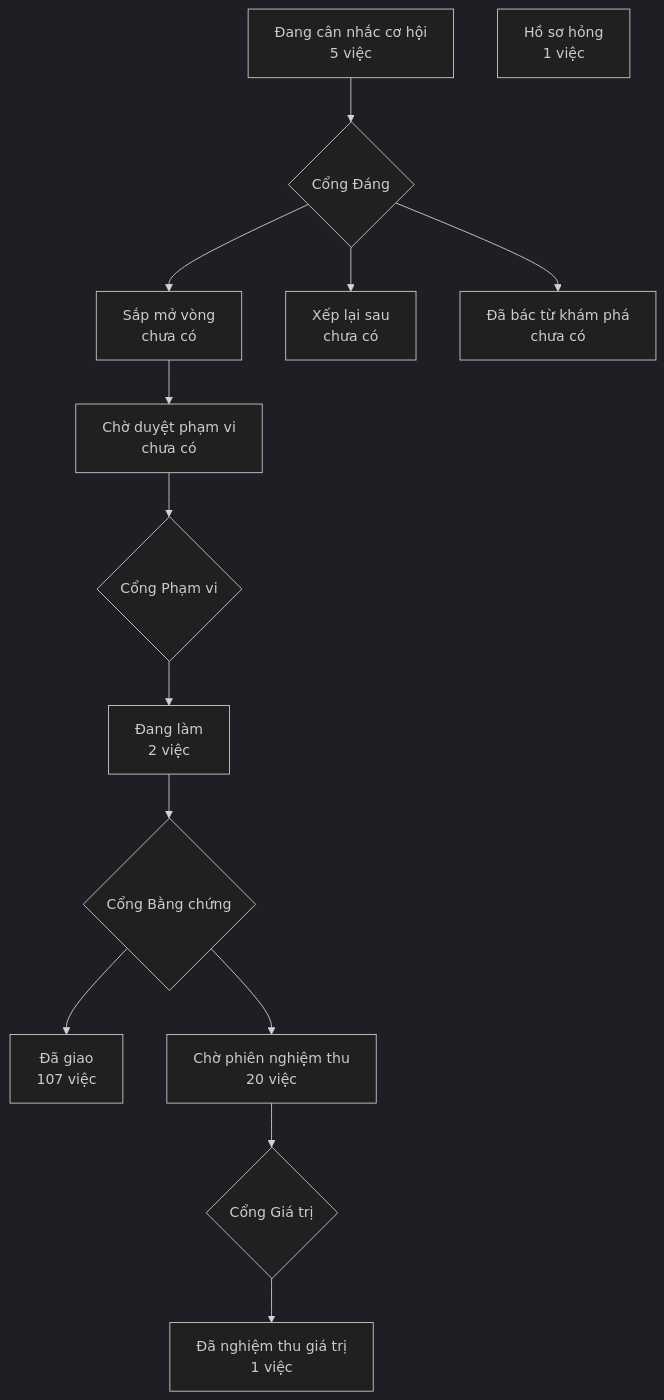
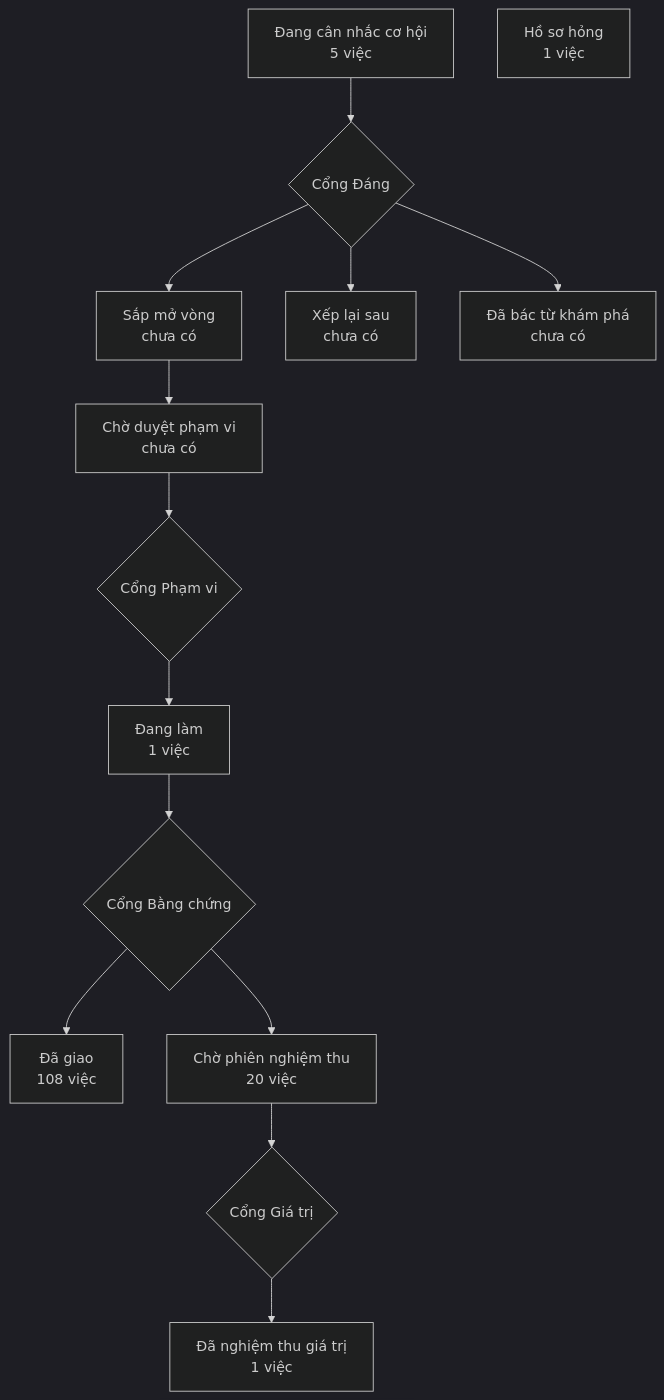
One commit to phanlemanh/crm-onehub changed the diagram in PRODUCT-MAP.md. Above: the diagram before and after it, drawn with Mermaid (dark theme). The commit also changed 3 other files, not shown here.

````diff
--- a/PRODUCT-MAP.md
+++ b/PRODUCT-MAP.md
@@ -6,13 +6,13 @@
 ```mermaid
 flowchart TD
   A["Đang cân nhắc cơ hội<br/>5 việc"] --> GD{"Cổng Đáng"}
   GD --> B["Sắp mở vòng<br/>chưa có"]
   GD --> XL["Xếp lại sau<br/>chưa có"]
   GD --> DB["Đã bác từ khám phá<br/>chưa có"]
   B --> CD["Chờ duyệt phạm vi<br/>chưa có"] --> GP{"Cổng Phạm vi"}
-  GP --> DL["Đang làm<br/>2 việc"] --> GB{"Cổng Bằng chứng"}
-  GB --> DG["Đã giao<br/>107 việc"]
+  GP --> DL["Đang làm<br/>1 việc"] --> GB{"Cổng Bằng chứng"}
+  GB --> DG["Đã giao<br/>108 việc"]
   GB --> CN["Chờ phiên nghiệm thu<br/>20 việc"] --> GG{"Cổng Giá trị"}
   GG --> NT["Đã nghiệm thu giá trị<br/>1 việc"]
   HS["Hồ sơ hỏng<br/>1 việc"]
 ```
````
